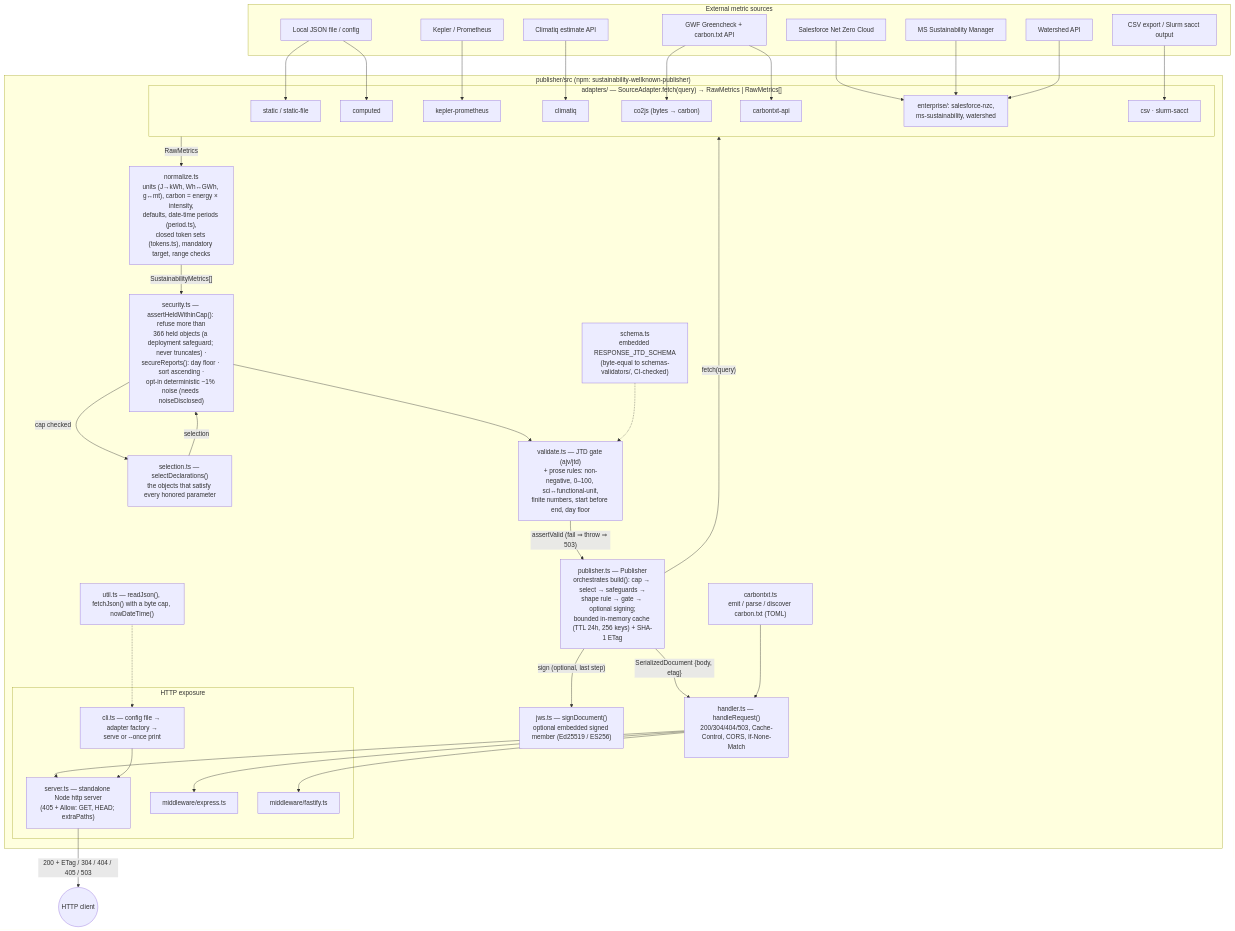
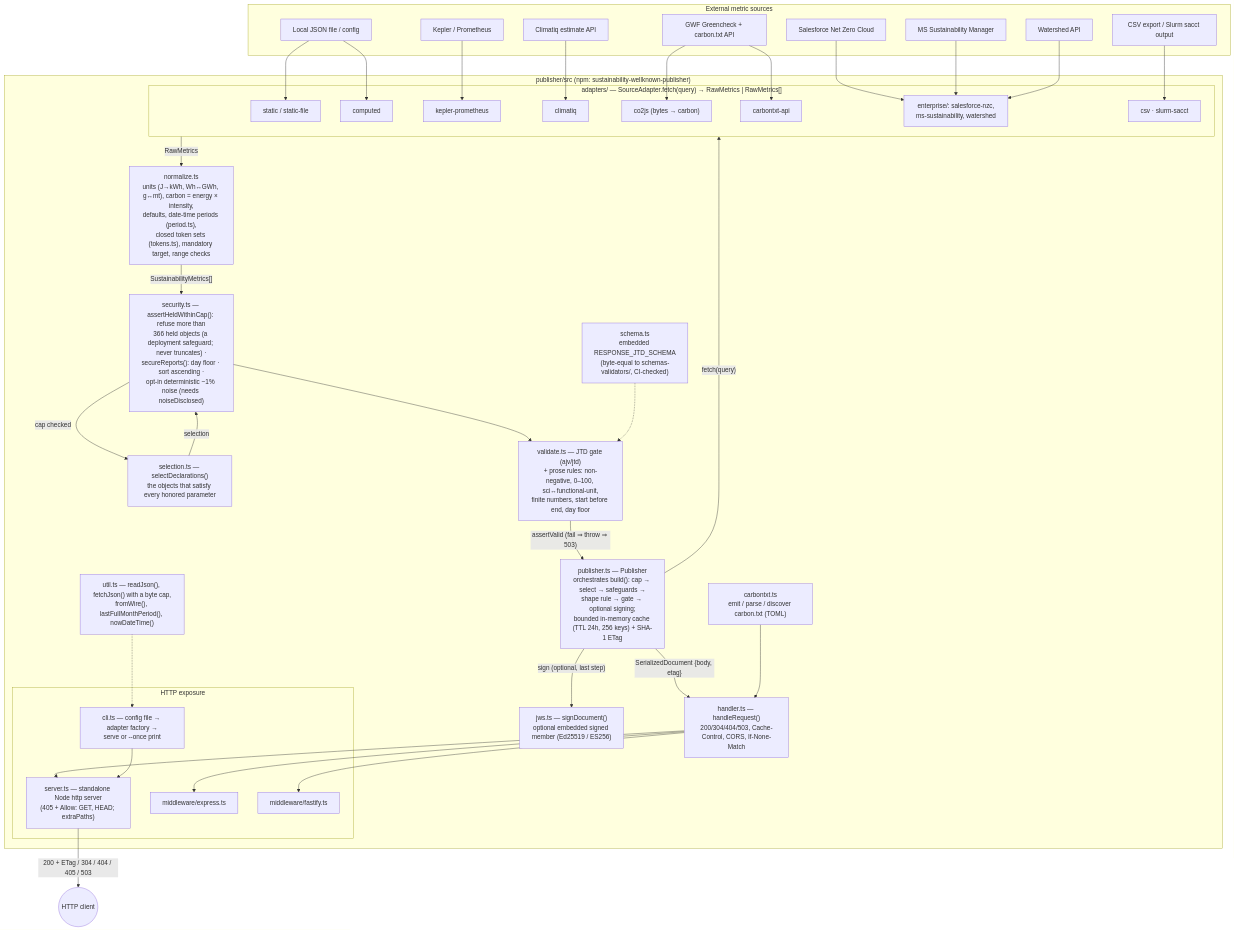
One commit to andreibesleaga/rfc-sustainability-wellknown changed the seventh of 10 diagrams in architecture/README.md. Above: the diagram before and after it, drawn with Mermaid. The commit also changed other lines of this file and 2 other files, not shown here.

Commit message:
Architecture: util.ts label lists fromWire and lastFullMonthPeriod again; section 3.2 states exactly what the compatibility reading converts

````diff
--- a/architecture/README.md
+++ b/architecture/README.md
@@ -724,75 +726,75 @@
 ```mermaid
 flowchart TB
     %% C4 Level 3 - Component diagram of publisher/src (flowchart rendering of C4 component semantics)
 
     subgraph SOURCES["External metric sources"]
         SF["Salesforce Net Zero Cloud"]
         MS["MS Sustainability Manager"]
         WS["Watershed API"]
         KP["Kepler / Prometheus"]
         CQ["Climatiq estimate API"]
         GW["GWF Greencheck + carbon.txt API"]
         FS["Local JSON file / config"]
         CS["CSV export / Slurm sacct output"]
     end
 
     subgraph PUB["publisher/src (npm: sustainability-wellknown-publisher)"]
         subgraph ADP["adapters/ — SourceAdapter.fetch(query) → RawMetrics | RawMetrics[]"]
             A1["static / static-file"]
             A2["computed"]
             A3["kepler-prometheus"]
             A4["climatiq"]
             A5["co2js (bytes → carbon)"]
             A6["carbontxt-api"]
             A7["enterprise/: salesforce-nzc,<br/>ms-sustainability, watershed"]
             A8["csv · slurm-sacct"]
         end
         NORM["normalize.ts<br/>units (J→kWh, Wh↔GWh, g↔mt), carbon = energy × intensity,<br/>defaults, date-time periods (period.ts),<br/>closed token sets (tokens.ts), mandatory target, range checks"]
         SEL["selection.ts — selectDeclarations()<br/>the objects that satisfy every honored parameter"]
         SEC["security.ts — assertHeldWithinCap(): refuse more than<br/>366 held objects (a deployment safeguard; never truncates) ·<br/>secureReports(): day floor · sort ascending ·<br/>opt-in deterministic ~1% noise (needs noiseDisclosed)"]
         VAL["validate.ts — JTD gate (ajv/jtd)<br/>+ prose rules: non-negative, 0–100, sci↔functional-unit,<br/>finite numbers, start before end, day floor"]
         SCH["schema.ts<br/>embedded RESPONSE_JTD_SCHEMA<br/>(byte-equal to schemas-validators/, CI-checked)"]
         PUBL["publisher.ts — Publisher<br/>orchestrates build(): cap → select → safeguards →<br/>shape rule → gate → optional signing;<br/>bounded in-memory cache (TTL 24h, 256 keys) + SHA-1 ETag"]
         JWS["jws.ts — signDocument()<br/>optional embedded signed member (Ed25519 / ES256)"]
         HANDLER["handler.ts — handleRequest()<br/>200/304/404/503, Cache-Control, CORS, If-None-Match"]
         CTXT["carbontxt.ts<br/>emit / parse / discover carbon.txt (TOML)"]
         subgraph HTTP["HTTP exposure"]
             SRV["server.ts — standalone Node http server<br/>(405 + Allow: GET, HEAD; extraPaths)"]
             EXP["middleware/express.ts"]
             FAS["middleware/fastify.ts"]
             CLI["cli.ts — config file → adapter factory →<br/>serve or --once print"]
         end
-        UTIL["util.ts — readJson(), fetchJson() with a byte cap, nowDateTime()"]
+        UTIL["util.ts — readJson(), fetchJson() with a byte cap,<br/>fromWire(), lastFullMonthPeriod(), nowDateTime()"]
     end
 
     CLIENT(("HTTP client"))
 
     SF --> A7
     MS --> A7
     WS --> A7
     KP --> A3
     CQ --> A4
     GW --> A5
     GW --> A6
     FS --> A1
     FS --> A2
     CS --> A8
 
     PUBL -- "fetch(query)" --> ADP
     ADP -- "RawMetrics" --> NORM
     NORM -- "SustainabilityMetrics[]" --> SEC
     SEC -- "cap checked" --> SEL
     SEL -- "selection" --> SEC
     SEC --> VAL
     SCH -.-> VAL
     VAL -- "assertValid (fail ⇒ throw ⇒ 503)" --> PUBL
     PUBL -- "sign (optional, last step)" --> JWS
     PUBL -- "SerializedDocument {body, etag}" --> HANDLER
     HANDLER --> SRV
     HANDLER --> EXP
     HANDLER --> FAS
     CLI --> SRV
     CTXT --> HANDLER
     UTIL -.-> CLI
     SRV -- "200 + ETag / 304 / 404 / 405 / 503" --> CLIENT
 ```
````
